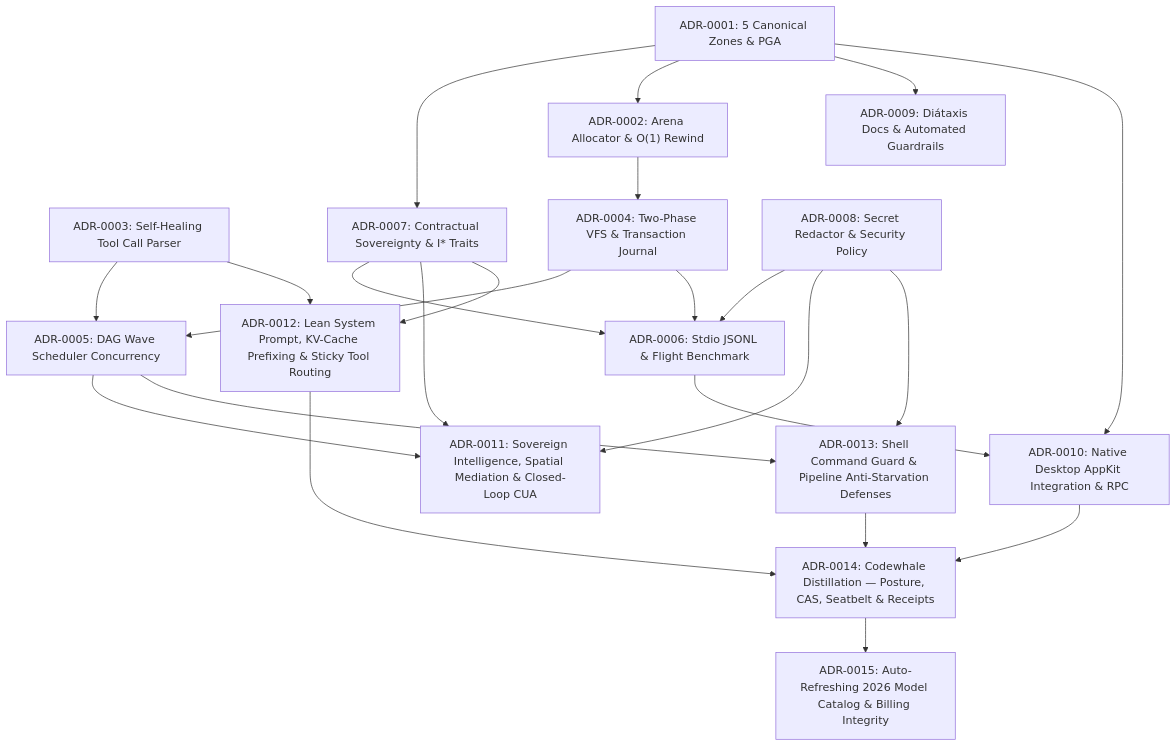
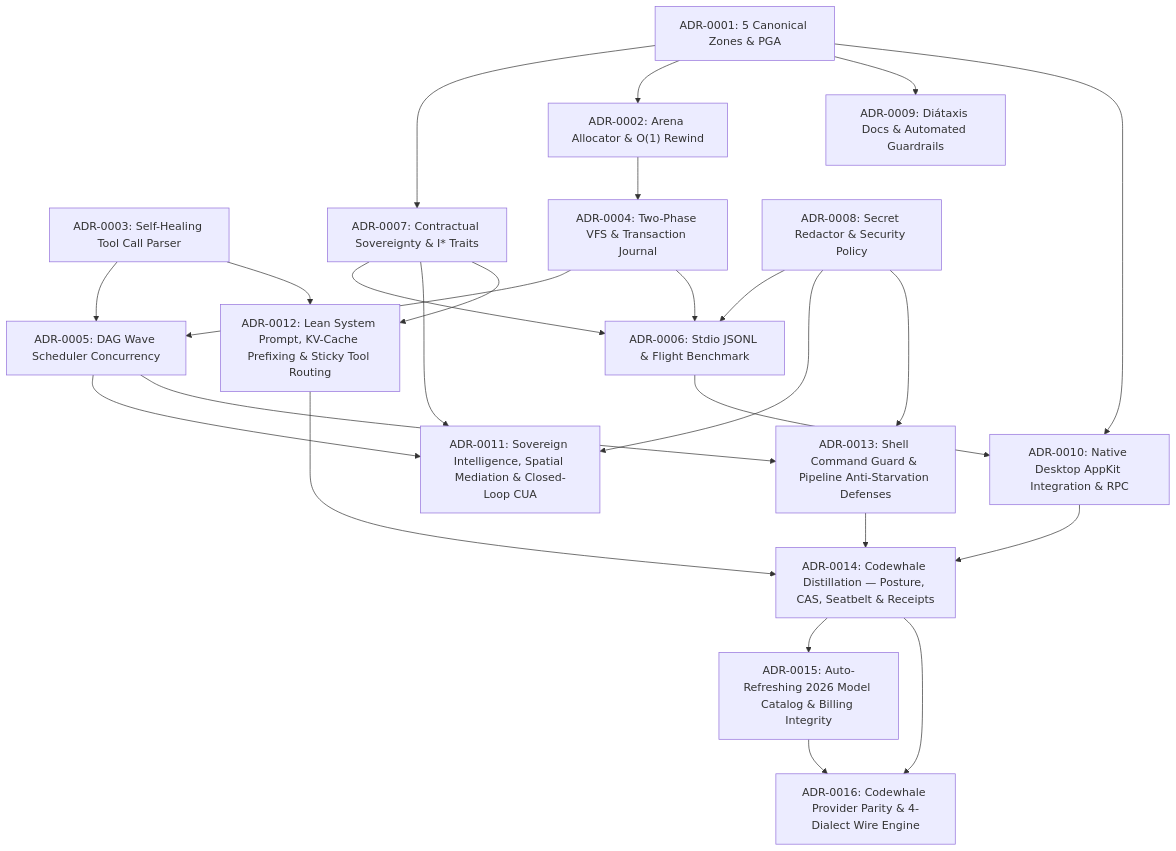
One commit to CardSorting/HEAV3NS-MICRO changed the diagram in docs/adr/README.md. Above: the diagram before and after it, drawn with Mermaid. The commit also changed other lines of this file and 42 other files, not shown here.

First line of the commit message:
feat(providers): implement full Codewhale provider parity, multi-wire dialects, and AppKit UX hardening

````diff
--- a/docs/adr/README.md
+++ b/docs/adr/README.md
@@ -23,41 +23,44 @@
 ```mermaid
 flowchart TD
   ADR1["ADR-0001: 5 Canonical Zones & PGA"]
   ADR2["ADR-0002: Arena Allocator & O(1) Rewind"]
   ADR3["ADR-0003: Self-Healing Tool Call Parser"]
   ADR4["ADR-0004: Two-Phase VFS & Transaction Journal"]
   ADR5["ADR-0005: DAG Wave Scheduler Concurrency"]
   ADR6["ADR-0006: Stdio JSONL & Flight Benchmark"]
   ADR7["ADR-0007: Contractual Sovereignty & I* Traits"]
   ADR8["ADR-0008: Secret Redactor & Security Policy"]
   ADR9["ADR-0009: Diátaxis Docs & Automated Guardrails"]
   ADR10["ADR-0010: Native Desktop AppKit Integration & RPC"]
   ADR11["ADR-0011: Sovereign Intelligence, Spatial Mediation & Closed-Loop CUA"]
   ADR12["ADR-0012: Lean System Prompt, KV-Cache Prefixing & Sticky Tool Routing"]
   ADR13["ADR-0013: Shell Command Guard & Pipeline Anti-Starvation Defenses"]
   ADR14["ADR-0014: Codewhale Distillation — Posture, CAS, Seatbelt & Receipts"]
   ADR15["ADR-0015: Auto-Refreshing 2026 Model Catalog & Billing Integrity"]
+  ADR16["ADR-0016: Codewhale Provider Parity & 4-Dialect Wire Engine"]
 
   ADR1 --> ADR7
   ADR1 --> ADR2
   ADR2 --> ADR4
   ADR3 --> ADR5
   ADR4 --> ADR5
   ADR4 --> ADR6
   ADR7 --> ADR6
   ADR8 --> ADR6
   ADR1 --> ADR9
   ADR6 --> ADR10
   ADR1 --> ADR10
   ADR5 --> ADR11
   ADR7 --> ADR11
   ADR8 --> ADR11
   ADR3 --> ADR12
   ADR7 --> ADR12
   ADR8 --> ADR13
   ADR5 --> ADR13
   ADR10 --> ADR14
   ADR12 --> ADR14
   ADR13 --> ADR14
   ADR14 --> ADR15
+  ADR14 --> ADR16
+  ADR15 --> ADR16
 ```
````
